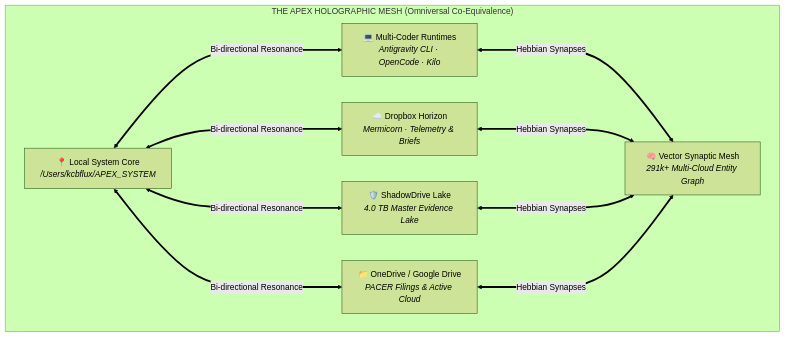
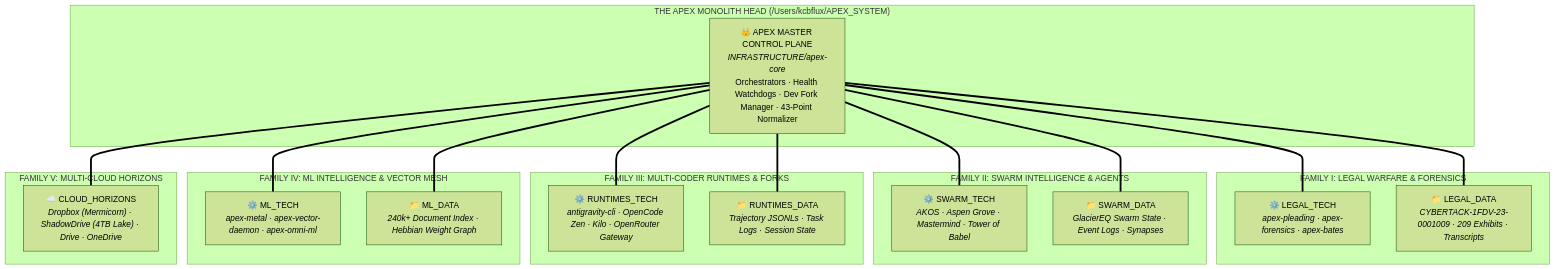
One commit to GlacierEQ/apex-core changed the second of 3 diagrams in AGENTS.md. Above: the diagram before and after it, drawn with Mermaid (forest theme). The commit also changed other lines of this file and 1 other file, not shown here.

Commit message:
feat(taxonomy): separate legal tech from legal data, map repo families and functions, and establish monolith head architecture

````diff
--- a/AGENTS.md
+++ b/AGENTS.md
@@ -86,20 +86,40 @@
 ```mermaid
 graph TD
-    subgraph "THE APEX HOLOGRAPHIC MESH (Omniversal Co-Equivalence)"
-        N_LOC["📍 Local System Core<br/><i>/Users/kcbflux/APEX_SYSTEM</i>"]
-        N_RUN["💻 Multi-Coder Runtimes<br/><i>Antigravity CLI · OpenCode · Kilo</i>"]
-        N_DBX["☁️ Dropbox Horizon<br/><i>Mermicorn · Telemetry & Briefs</i>"]
-        N_SHD["🛡️ ShadowDrive Lake<br/><i>4.0 TB Master Evidence Lake</i>"]
-        N_ONE["📁 OneDrive / Google Drive<br/><i>PACER Filings & Active Cloud</i>"]
-        N_VEC["🧠 Vector Synaptic Mesh<br/><i>291k+ Multi-Cloud Entity Graph</i>"]
+    subgraph "THE APEX MONOLITH HEAD (/Users/kcbflux/APEX_SYSTEM)"
+        HEAD["👑 APEX MASTER CONTROL PLANE<br/><i>INFRASTRUCTURE/apex-core</i><br/>Orchestrators · Health Watchdogs · Dev Fork Manager · 43-Point Normalizer"]
     end
 
-    N_LOC <===>|Bi-directional Resonance| N_RUN
-    N_LOC <===>|Bi-directional Resonance| N_DBX
-    N_LOC <===>|Bi-directional Resonance| N_SHD
-    N_LOC <===>|Bi-directional Resonance| N_ONE
-    N_RUN <===>|Hebbian Synapses| N_VEC
-    N_DBX <===>|Hebbian Synapses| N_VEC
-    N_SHD <===>|Hebbian Synapses| N_VEC
-    N_ONE <===>|Hebbian Synapses| N_VEC
+    subgraph "FAMILY I: LEGAL WARFARE & FORENSICS"
+        LT["⚙️ LEGAL_TECH<br/><i>apex-pleading · apex-forensics · apex-bates</i>"]
+        LD["📁 LEGAL_DATA<br/><i>CYBERTACK-1FDV-23-0001009 · 209 Exhibits · Transcripts</i>"]
+    end
+
+    subgraph "FAMILY II: SWARM INTELLIGENCE & AGENTS"
+        ST["⚙️ SWARM_TECH<br/><i>AKOS · Aspen Grove · Mastermind · Tower of Babel</i>"]
+        SD["📁 SWARM_DATA<br/><i>GlacierEQ Swarm State · Event Logs · Synapses</i>"]
+    end
+
+    subgraph "FAMILY III: MULTI-CODER RUNTIMES & FORKS"
+        RT["⚙️ RUNTIMES_TECH<br/><i>antigravity-cli · OpenCode Zen · Kilo · OpenRouter Gateway</i>"]
+        RD["📁 RUNTIMES_DATA<br/><i>Trajectory JSONLs · Task Logs · Session State</i>"]
+    end
+
+    subgraph "FAMILY IV: ML INTELLIGENCE & VECTOR MESH"
+        MT["⚙️ ML_TECH<br/><i>apex-metal · apex-vector-daemon · apex-omni-ml</i>"]
+        MD["📁 ML_DATA<br/><i>240k+ Document Index · Hebbian Weight Graph</i>"]
+    end
+
+    subgraph "FAMILY V: MULTI-CLOUD HORIZONS"
+        CH["☁️ CLOUD_HORIZONS<br/><i>Dropbox (Mermicorn) · ShadowDrive (4TB Lake) · Drive · OneDrive</i>"]
+    end
+
+    HEAD === LT
+    HEAD === LD
+    HEAD === ST
+    HEAD === SD
+    HEAD === RT
+    HEAD === RD
+    HEAD === MT
+    HEAD === MD
+    HEAD === CH
 ```
````
